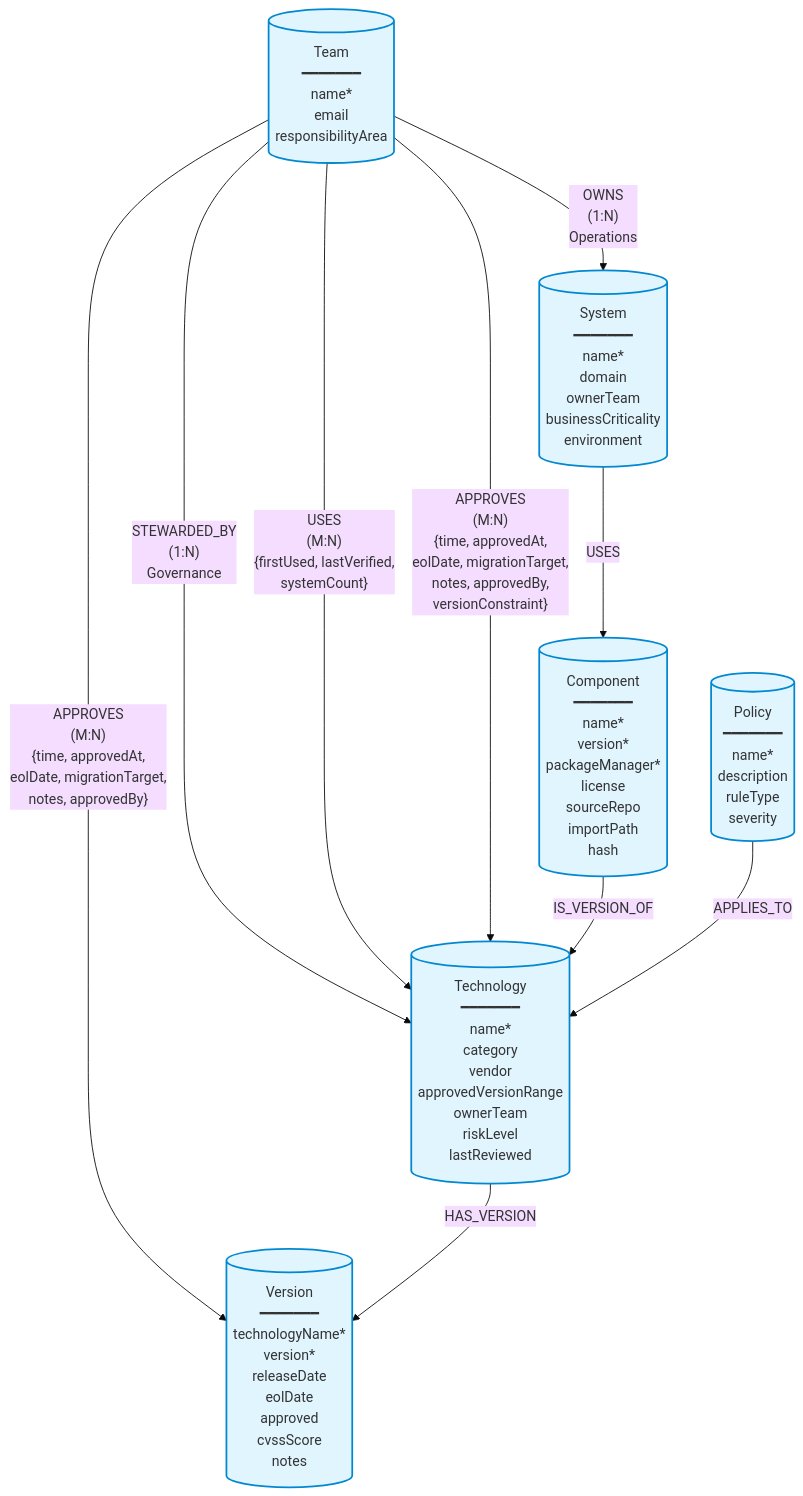
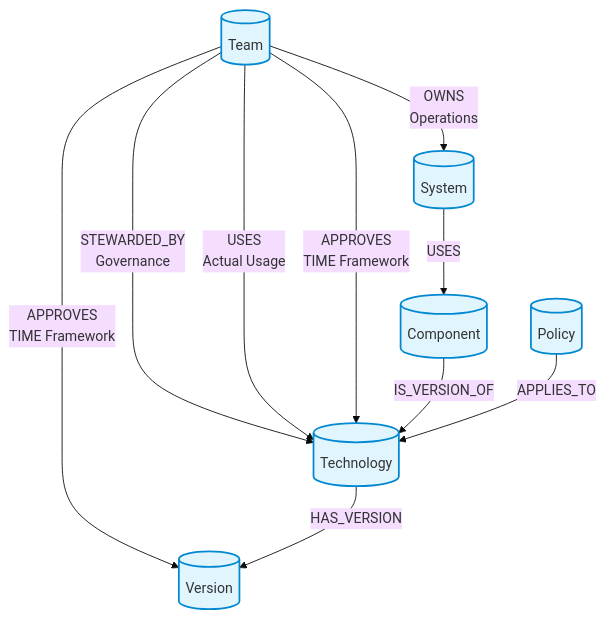
Before and after one commit to localgod/polaris: the first of 2 diagrams in content/architecture/graph-model.md, drawn with Mermaid (base theme). The commit also changed other lines of this file and 3 other files, not shown here.

````diff
--- a/content/architecture/graph-model.md
+++ b/content/architecture/graph-model.md
@@ -12,31 +24,30 @@
 ```mermaid
 graph TB
     %% Node Definitions
-    Team[("Team<br/>━━━━━━━<br/>name*<br/>email<br/>responsibilityArea")]
-    Technology[("Technology<br/>━━━━━━━<br/>name*<br/>category<br/>vendor<br/>approvedVersionRange<br/>ownerTeam<br/>riskLevel<br/>lastReviewed")]
-    Version[("Version<br/>━━━━━━━<br/>technologyName*<br/>version*<br/>releaseDate<br/>eolDate<br/>approved<br/>cvssScore<br/>notes")]
-    Component[("Component<br/>━━━━━━━<br/>name*<br/>version*<br/>packageManager*<br/>license<br/>sourceRepo<br/>importPath<br/>hash")]
-    System[("System<br/>━━━━━━━<br/>name*<br/>domain<br/>ownerTeam<br/>businessCriticality<br/>environment")]
-    Policy[("Policy<br/>━━━━━━━<br/>name*<br/>description<br/>ruleType<br/>severity")]
+    Team[(Team)]
+    Technology[(Technology)]
+    Version[(Version)]
+    Component[(Component)]
+    System[(System)]
+    Policy[(Policy)]
     
     %% Relationships
-    Team -->|"STEWARDED_BY<br/>(1:N)<br/>Governance"| Technology
-    Team -->|"OWNS<br/>(1:N)<br/>Operations"| System
-    Team -->|"USES<br/>(M:N)<br/>{firstUsed, lastVerified,<br/>systemCount}"| Technology
-    Team -->|"APPROVES<br/>(M:N)<br/>{time, approvedAt,<br/>eolDate, migrationTarget,<br/>notes, approvedBy,<br/>versionConstraint}"| Technology
-    Team -->|"APPROVES<br/>(M:N)<br/>{time, approvedAt,<br/>eolDate, migrationTarget,<br/>notes, approvedBy}"| Version
+    Team -->|STEWARDED_BY<br/>Governance| Technology
+    Team -->|OWNS<br/>Operations| System
+    Team -->|USES<br/>Actual Usage| Technology
+    Team -->|APPROVES<br/>TIME Framework| Technology
+    Team -->|APPROVES<br/>TIME Framework| Version
     
-    Technology -->|"HAS_VERSION"| Version
+    Technology -->|HAS_VERSION| Version
     
-    Component -->|"IS_VERSION_OF"| Technology
+    Component -->|IS_VERSION_OF| Technology
     
-    System -->|"USES"| Component
+    System -->|USES| Component
     
-    Policy -->|"APPLIES_TO"| Technology
+    Policy -->|APPLIES_TO| Technology
     
     %% Styling
     classDef nodeStyle fill:#e1f5ff,stroke:#0288d1,stroke-width:2px
-    classDef relationshipStyle fill:#fff3e0,stroke:#f57c00,stroke-width:2px
     
     class Team,Technology,Version,Component,System,Policy nodeStyle
 ```
````
